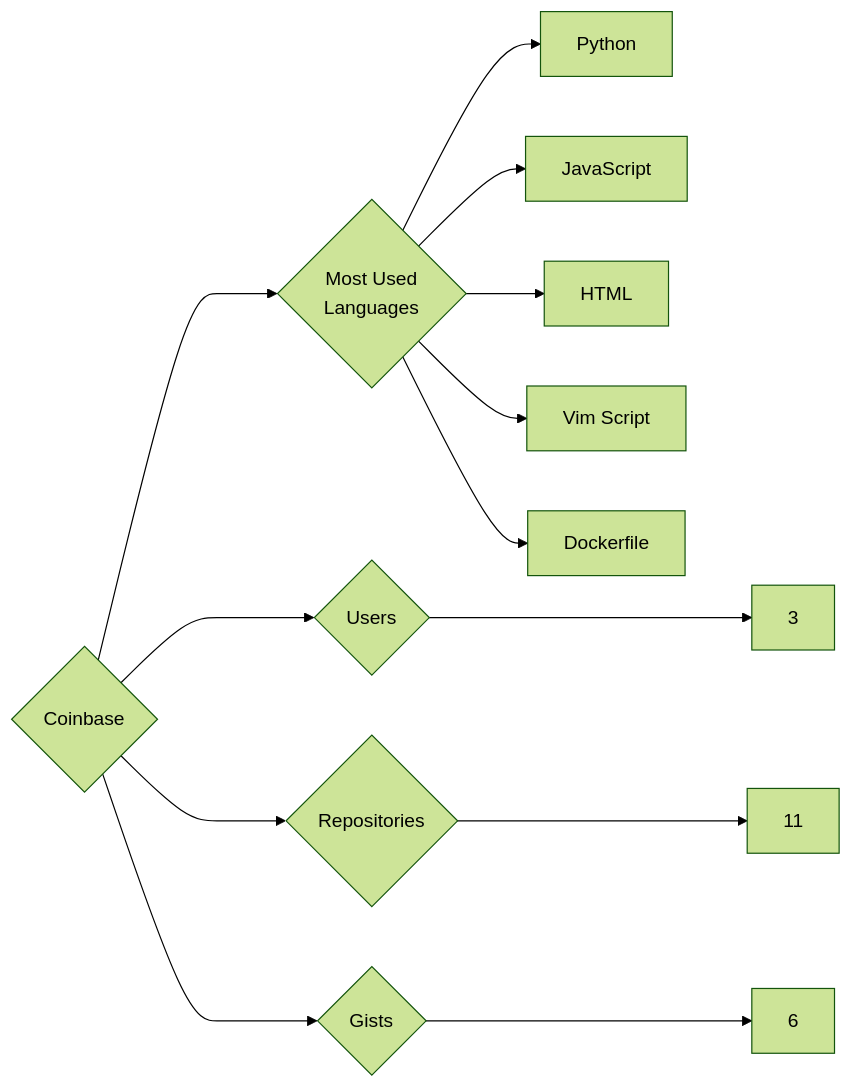
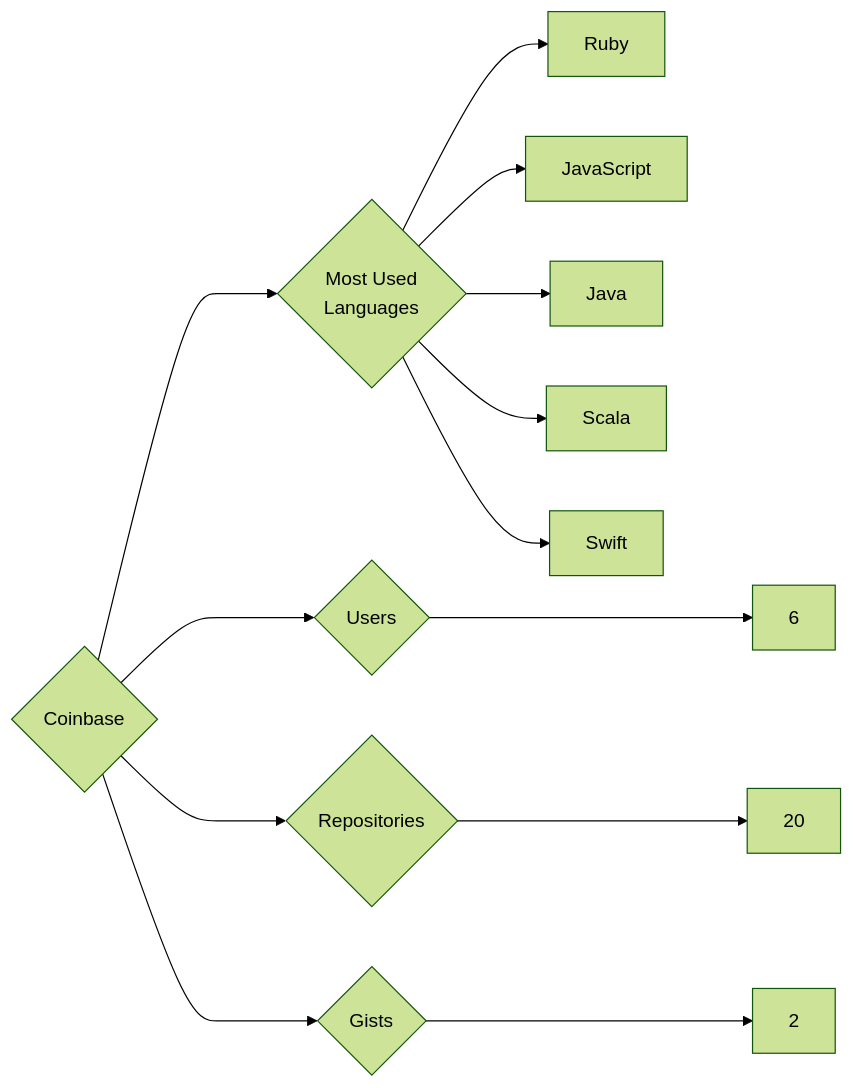
One commit to trickest/insiders changed the diagram in targets/Coinbase/README.md. Above: the diagram before and after it, drawn with Mermaid (forest theme). The commit also changed 840 other files, not shown here.

````diff
--- a/targets/Coinbase/README.md
+++ b/targets/Coinbase/README.md
@@ -3,13 +3,13 @@
 ```mermaid
 graph LR
 COMPANY_NAME{Coinbase}
-COMPANY_NAME ---> U{Users} ---> UN[3]
-COMPANY_NAME ---> R{Repositories} ---> RN[11]
-COMPANY_NAME ---> G{Gists} ---> GN[6]
+COMPANY_NAME ---> U{Users} ---> UN[6]
+COMPANY_NAME ---> R{Repositories} ---> RN[20]
+COMPANY_NAME ---> G{Gists} ---> GN[2]
 COMPANY_NAME ---> ML{Most Used<br>Languages}
-ML --> Python[Python]
+ML --> Ruby[Ruby]
 ML --> JavaScript[JavaScript]
-ML --> HTML[HTML]
-ML --> Vim_Script[Vim Script]
-ML --> Dockerfile[Dockerfile]
+ML --> Java[Java]
+ML --> Scala[Scala]
+ML --> Swift[Swift]
 ```
````
